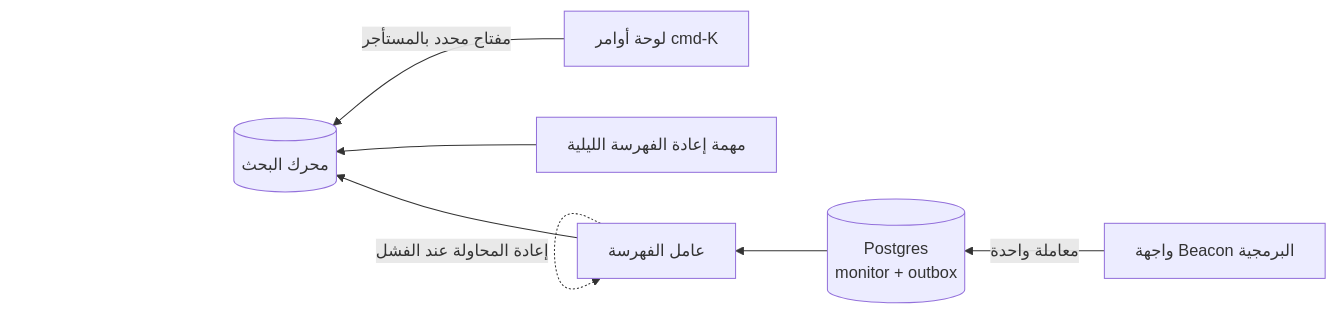
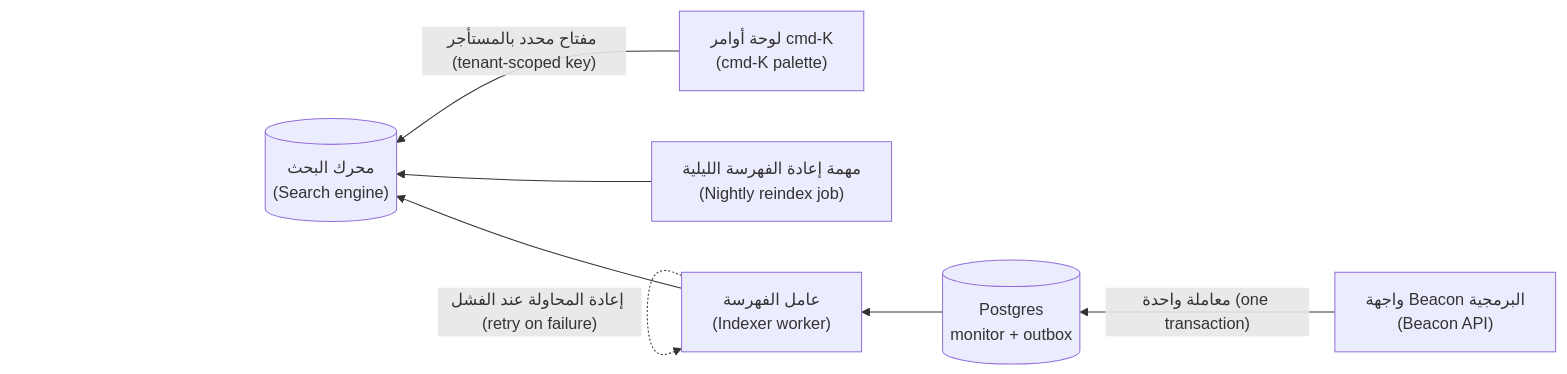
The sixth of 9 diagrams in saas/modules/02-data.ar.md (Tamoura/system-design-for-vibe-coders), drawn with Mermaid before and after one commit. The commit also changed other lines of this file and 62 other files, not shown here.

First line of the commit message:
Arabic editions: English on every diagram label, RTL fixes, rebuild

````diff
--- a/saas/modules/02-data.ar.md
+++ b/saas/modules/02-data.ar.md
@@ -648,9 +648,9 @@
 ```mermaid
 flowchart RL
-    APP["واجهة Beacon البرمجية"] -->|"معاملة واحدة"| PG[("Postgres<br/>monitor + outbox")]
-    PG --> W["عامل الفهرسة"]
-    W --> SE[("محرك البحث")]
-    W -.->|"إعادة المحاولة عند الفشل"| W
-    J["مهمة إعادة الفهرسة الليلية"] --> SE
-    UI["لوحة أوامر cmd-K"] -->|"مفتاح محدد بالمستأجر"| SE
+    APP["واجهة Beacon البرمجية<br/>(Beacon API)"] -->|"معاملة واحدة (one transaction)"| PG[("Postgres<br/>monitor + outbox")]
+    PG --> W["عامل الفهرسة<br/>(Indexer worker)"]
+    W --> SE[("محرك البحث<br/>(Search engine)")]
+    W -.->|"إعادة المحاولة عند الفشل (retry on failure)"| W
+    J["مهمة إعادة الفهرسة الليلية<br/>(Nightly reindex job)"] --> SE
+    UI["لوحة أوامر cmd-K<br/>(cmd-K palette)"] -->|"مفتاح محدد بالمستأجر (tenant-scoped key)"| SE
 ```
````
